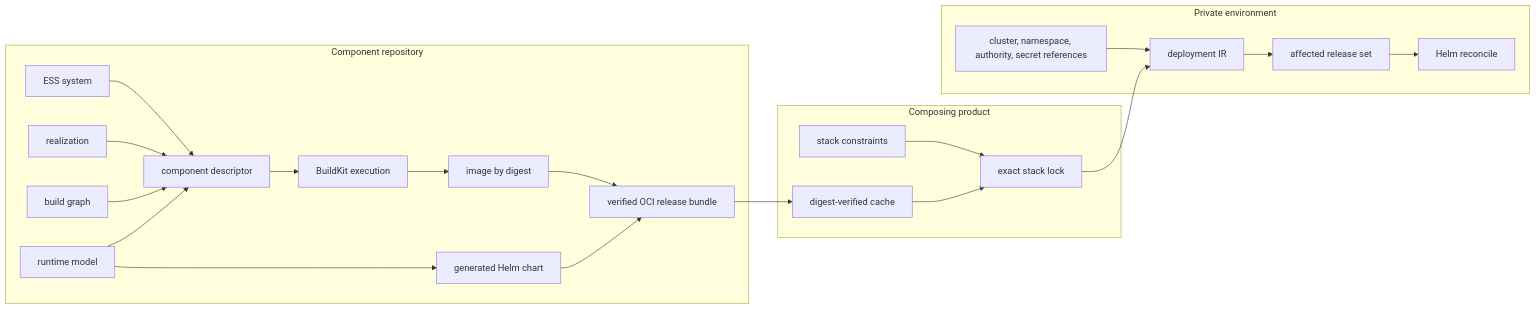
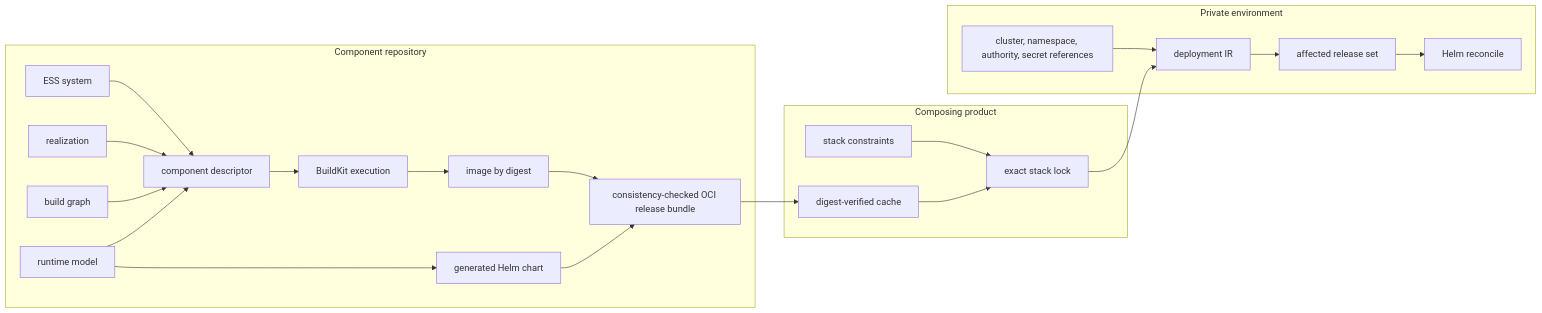
Before and after one commit to beyond10x/beyond10x.github.io: the diagram in inputs/sources/ess/tree/website/docs/concepts/component-delivery.md, drawn with Mermaid. The commit also changed other lines of this file and 517 other files, not shown here.

````diff
--- a/inputs/sources/ess/tree/website/docs/concepts/component-delivery.md
+++ b/inputs/sources/ess/tree/website/docs/concepts/component-delivery.md
@@ -15,27 +15,27 @@
 ```mermaid
 flowchart LR
   subgraph component[Component repository]
     S[ESS system] --> C[component descriptor]
     R[realization] --> C
     B[build graph] --> C
     T[runtime model] --> C
     C --> X[BuildKit execution]
     X --> I[image by digest]
     T --> H[generated Helm chart]
-    I --> O[verified OCI release bundle]
+    I --> O[consistency-checked OCI release bundle]
     H --> O
   end
 
   subgraph product[Composing product]
     P[stack constraints] --> L[exact stack lock]
     O --> K[digest-verified cache]
     K --> L
   end
 
   subgraph environment[Private environment]
     E[cluster, namespace, authority, secret references] --> D[deployment IR]
     L --> D
     D --> A[affected release set]
     A --> M[Helm reconcile]
   end
 ```
````
